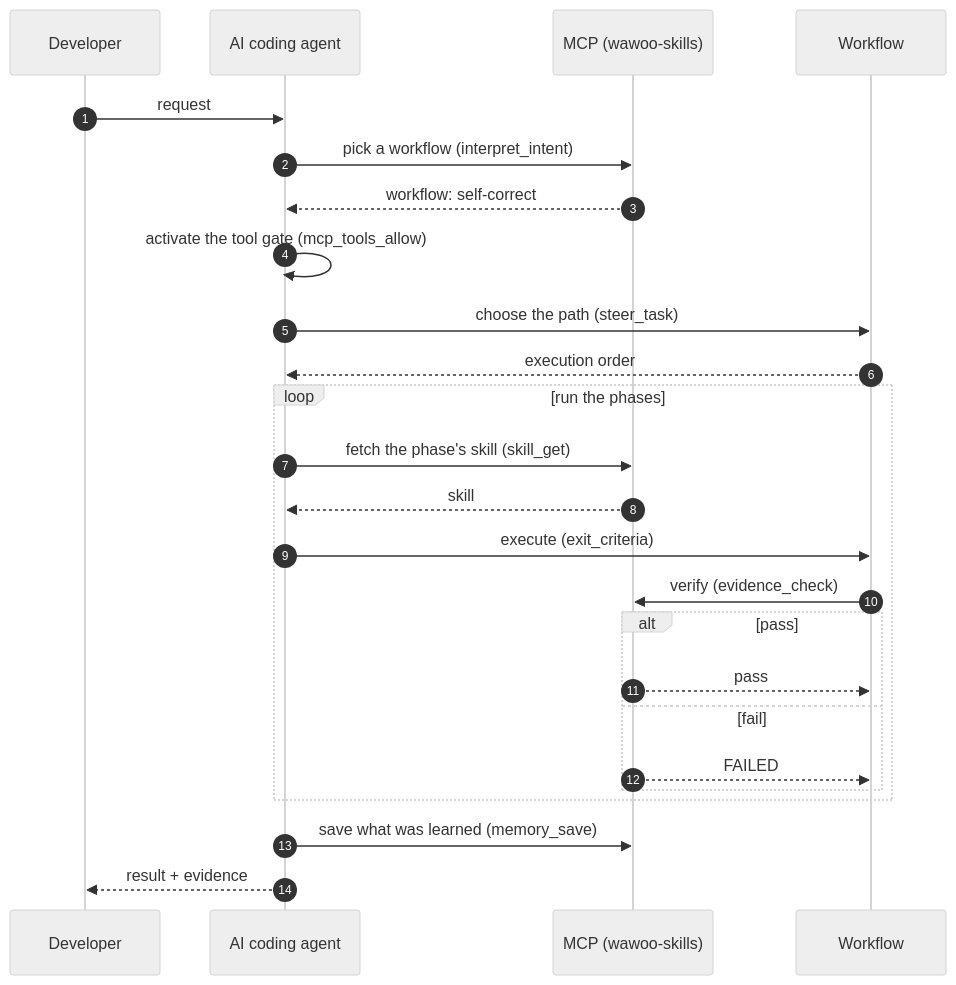
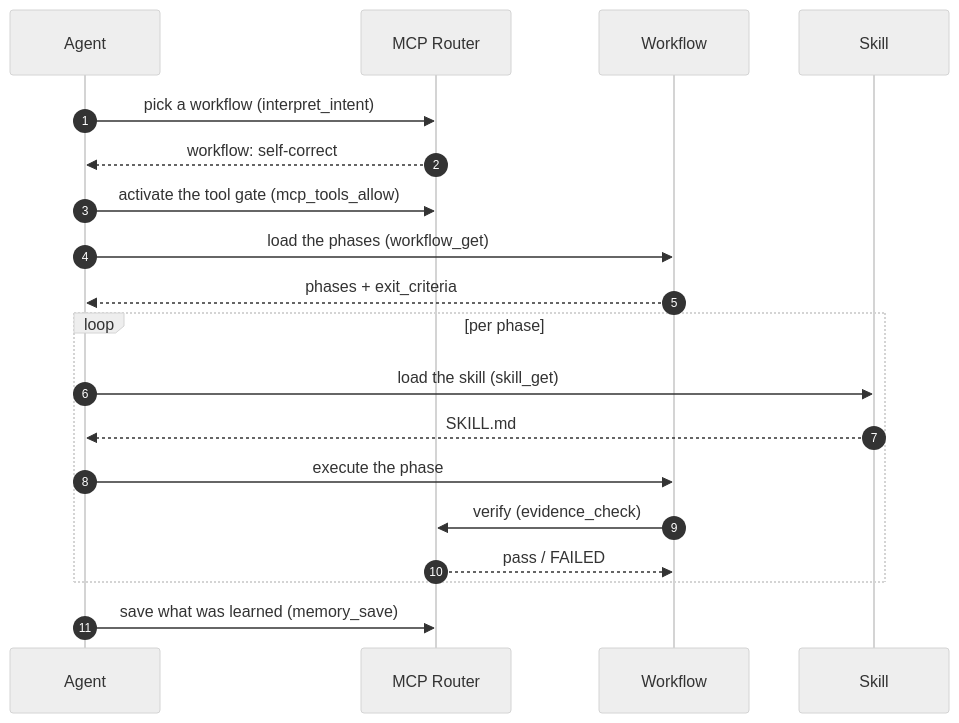
Before and after one commit to parkwoo/wawoo-agent-skills: the diagram in README.md, drawn with Mermaid (neutral theme). The commit also changed 3 other files, not shown here.

Commit message:
docs: use mechanism roles as sequence-diagram participants (Agent / MCP Router / Workflow / Skill)

````diff
--- a/README.md
+++ b/README.md
@@ -80,27 +80,21 @@
 ```mermaid
 sequenceDiagram
     autonumber
-    participant U as Developer
-    participant A as AI coding agent
-    participant M as MCP (wawoo-skills)
+    participant A as Agent
+    participant R as MCP Router
     participant W as Workflow
-    U->>A: request
-    A->>M: pick a workflow (interpret_intent)
-    M-->>A: workflow: self-correct
-    A->>A: activate the tool gate (mcp_tools_allow)
-    A->>W: choose the path (steer_task)
-    W-->>A: execution order
-    loop run the phases
-        A->>M: fetch the phase's skill (skill_get)
-        M-->>A: skill
-        A->>W: execute (exit_criteria)
-        W->>M: verify (evidence_check)
-        alt pass
-            M-->>W: pass
-        else fail
-            M-->>W: FAILED
-        end
+    participant S as Skill
+    A->>R: pick a workflow (interpret_intent)
+    R-->>A: workflow: self-correct
+    A->>R: activate the tool gate (mcp_tools_allow)
+    A->>W: load the phases (workflow_get)
+    W-->>A: phases + exit_criteria
+    loop per phase
+        A->>S: load the skill (skill_get)
+        S-->>A: SKILL.md
+        A->>W: execute the phase
+        W->>R: verify (evidence_check)
+        R-->>W: pass / FAILED
     end
-    A->>M: save what was learned (memory_save)
-    A-->>U: result + evidence
+    A->>R: save what was learned (memory_save)
 ```
````
